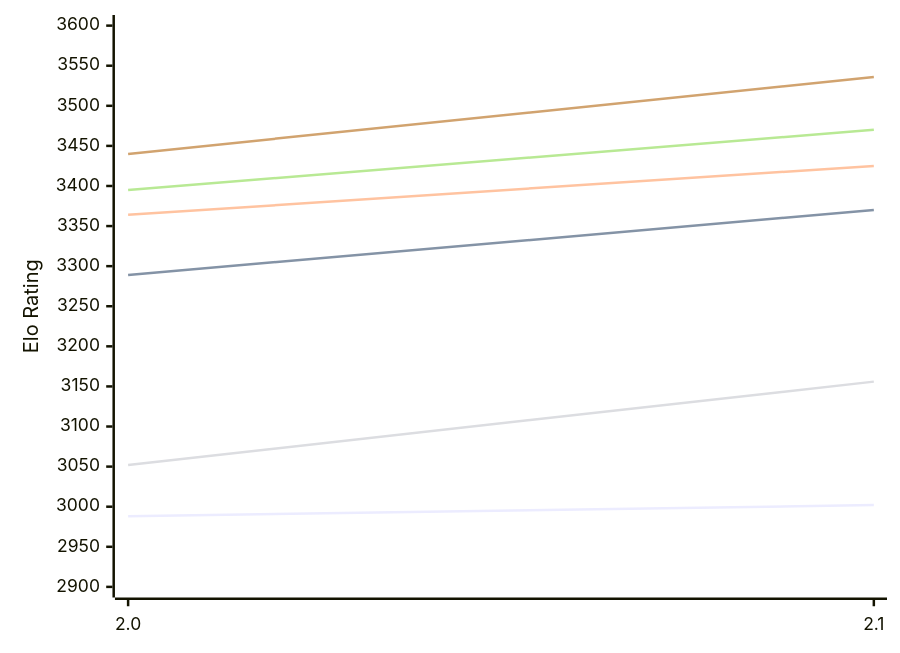
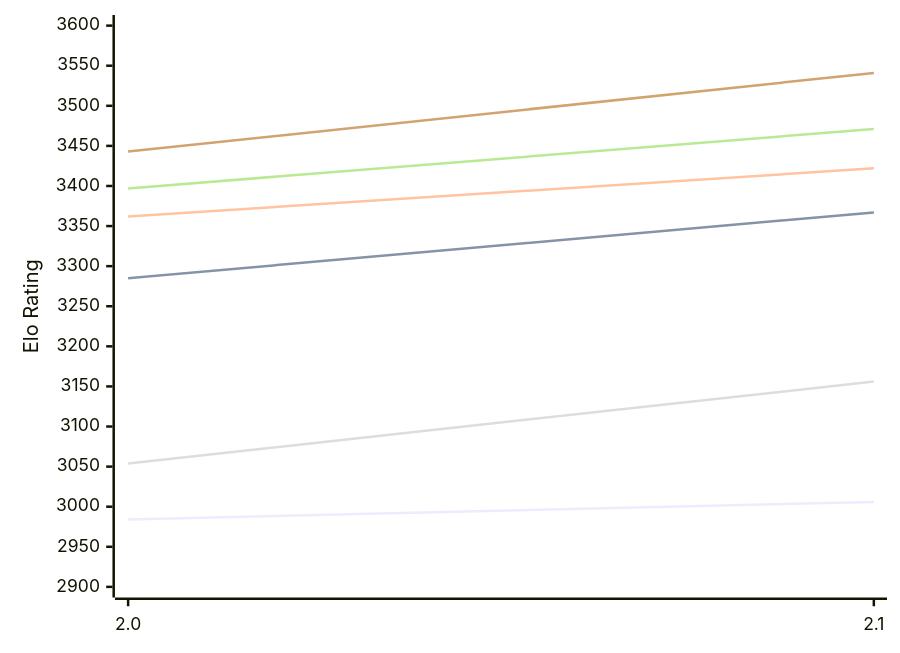
Before and after one commit to computer-chess-index/cci: the first of 2 diagrams in engines/Onslaught.md, drawn with Mermaid. The commit also changed other lines of this file, not shown here.

Commit message:
Update CCI Ratings (ELO VLTC) - 2026-11-09

````diff
--- a/engines/Onslaught.md
+++ b/engines/Onslaught.md
@@ -50,12 +50,12 @@
 ```mermaid
 %%{init: {"theme":"base","themeVariables":{"seriesColors:['#a3a3a3','#222221','#faa371']}}}%%
 xychart-beta
   x-axis ["2.0", "2.1"]
   y-axis "Elo Rating" 2900 --> 3600
-  line "E1: STC (8.0+0.08s)" [2988, 3002]
-  line "E1: LTC (60.0+0.60s)" [3289, 3370]
-  line "E1: VLTC (2m24s+1.12s)" [3364, 3425]
-  line "P1: STC (8.0+0.08s)" [3052, 3156]
-  line "P1: LTC (60.0+0.60s)" [3395, 3470]
-  line "P1: VLTC (2m24s+1.12s)" [3440, 3536]
+  line "E1: STC (8.0+0.08s)" [2984, 3006]
+  line "E1: LTC (60.0+0.60s)" [3285, 3367]
+  line "E1: VLTC (2m24s+1.12s)" [3362, 3422]
+  line "P1: STC (8.0+0.08s)" [3054, 3156]
+  line "P1: LTC (60.0+0.60s)" [3397, 3471]
+  line "P1: VLTC (2m24s+1.12s)" [3443, 3541]
 ```
````
